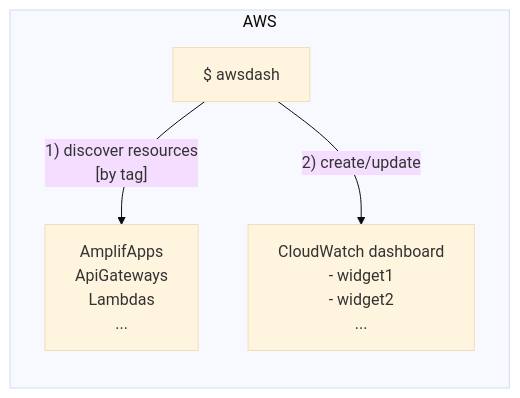
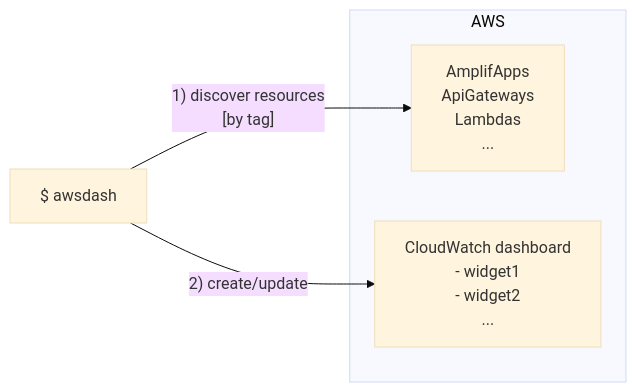
Before and after one commit to go-monk/awsdash: the diagram in README.md, drawn with Mermaid (base theme).

Commit message:
move awsdash outside AWS

````diff
--- a/README.md
+++ b/README.md
@@ -3,18 +3,19 @@
 ```mermaid
 flowchart LR
+    cli["$ awsdash"]
+
     subgraph AWS
-        cli["$ awsdash"]
         resources["AmplifApps
 ApiGateways
 Lambdas
 ..."]
         dashboard["CloudWatch dashboard
 - widget1
 - widget2
 ..."]
+    end
 
-        cli -->|"1) discover resources
+    cli -->|"1) discover resources
 [by tag]"| resources
-        cli -->|"2) create/update"| dashboard
-    end
+    cli -->|"2) create/update"| dashboard
 ```
````
